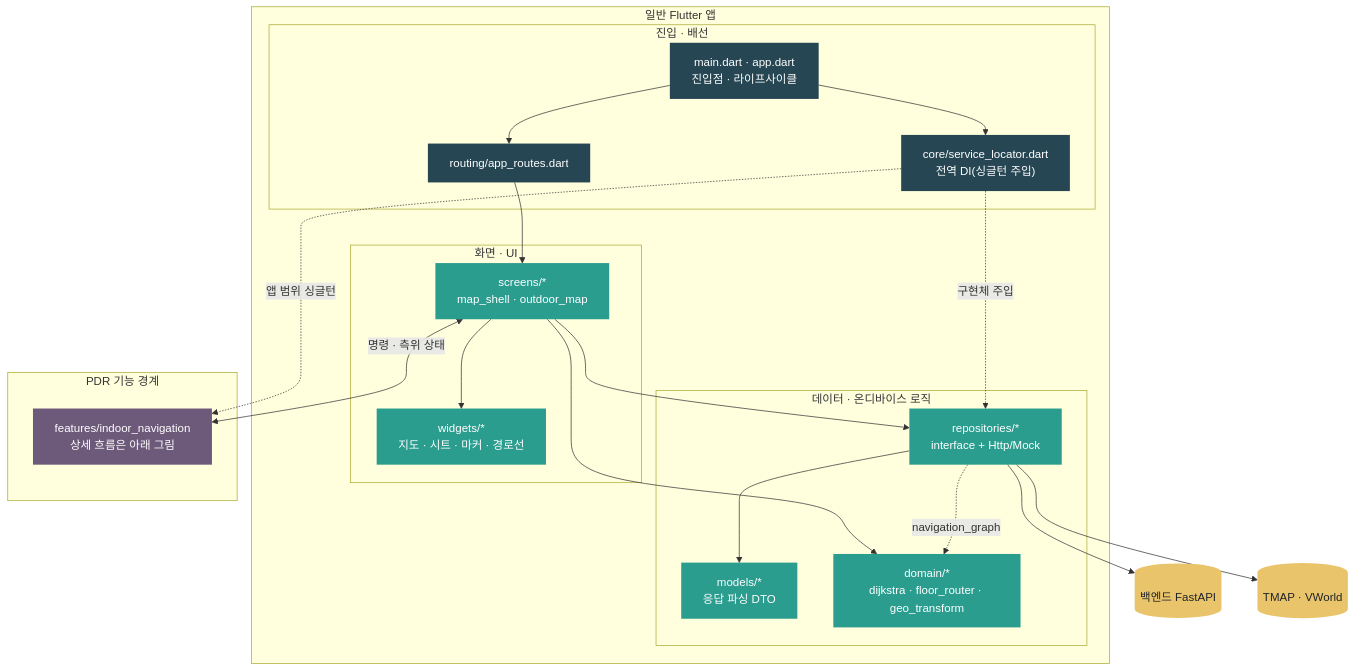
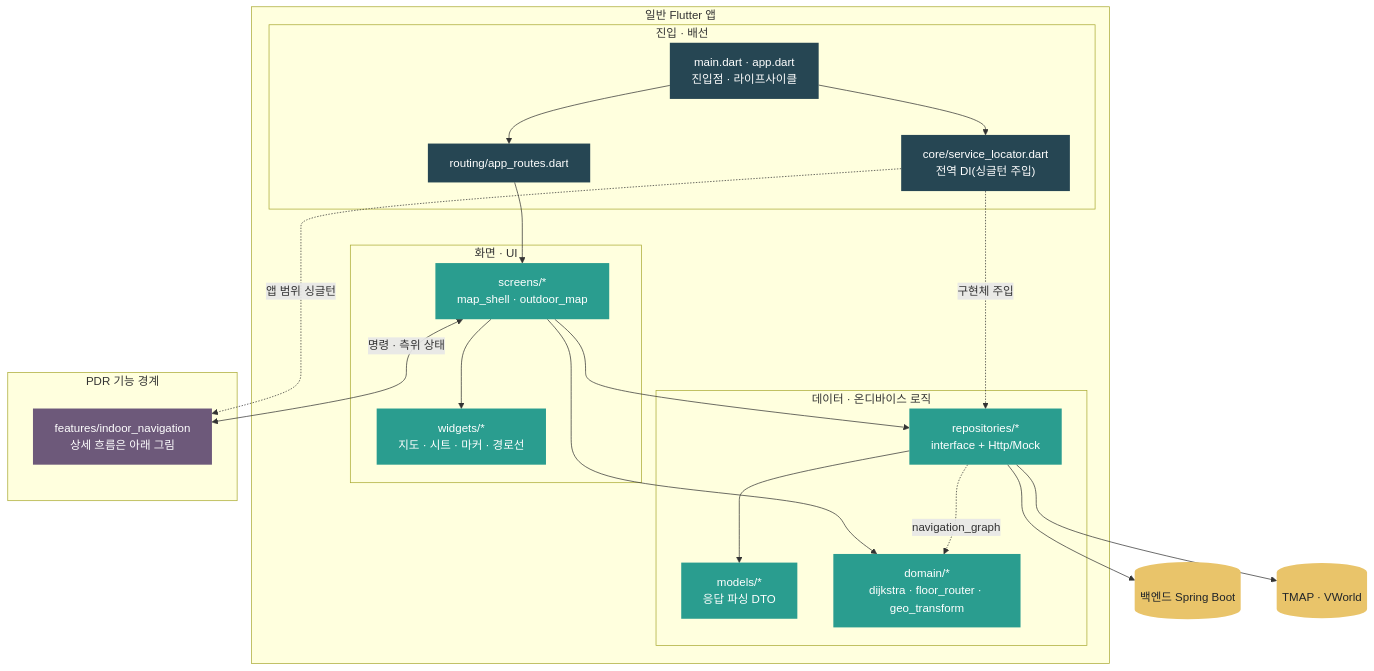
One commit to Routex-labs/Navigation changed the first of 4 diagrams in client/README.md. Above: the diagram before and after it, drawn with Mermaid. The commit also changed other lines of this file and 66 other files, not shown here.

````diff
--- a/client/README.md
+++ b/client/README.md
@@ -87,51 +87,51 @@
 ```mermaid
 flowchart TD
     subgraph app["일반 Flutter 앱"]
         subgraph entry["진입 · 배선"]
             MAIN["main.dart · app.dart<br/>진입점 · 라이프사이클"]
             SL["core/service_locator.dart<br/>전역 DI(싱글턴 주입)"]
             ROUTES["routing/app_routes.dart"]
         end
 
         subgraph ui["화면 · UI"]
             SCREENS["screens/*<br/>map_shell · outdoor_map"]
             WIDGETS["widgets/*<br/>지도 · 시트 · 마커 · 경로선"]
         end
 
         subgraph data["데이터 · 온디바이스 로직"]
             REPO["repositories/*<br/>interface + Http/Mock"]
             MODELS["models/*<br/>응답 파싱 DTO"]
             DOMAIN["domain/*<br/>dijkstra · floor_router · geo_transform"]
         end
 
         MAIN --> SL
         MAIN --> ROUTES --> SCREENS
         SL -. "구현체 주입" .-> REPO
         SCREENS --> WIDGETS
         SCREENS --> REPO
         REPO --> MODELS
         REPO -. "navigation_graph" .-> DOMAIN
         SCREENS --> DOMAIN
     end
 
     subgraph pdr["PDR 기능 경계"]
         PDR["features/indoor_navigation<br/>상세 흐름은 아래 그림"]
     end
 
-    BE[("백엔드 FastAPI")]
+    BE[("백엔드 Spring Boot")]
     EXT[("TMAP · VWorld")]
 
     REPO --> BE
     REPO --> EXT
     SL -. "앱 범위 싱글턴" .-> PDR
     SCREENS <-->|명령 · 측위 상태| PDR
 
     classDef e fill:#264653,color:#fff,stroke:none
     classDef c fill:#2a9d8f,color:#fff,stroke:none
     classDef s fill:#e9c46a,color:#212529,stroke:none
     classDef p fill:#6d597a,color:#fff,stroke:none
     class MAIN,SL,ROUTES e
     class SCREENS,WIDGETS,REPO,MODELS,DOMAIN c
     class BE,EXT s
     class PDR p
 ```
````
